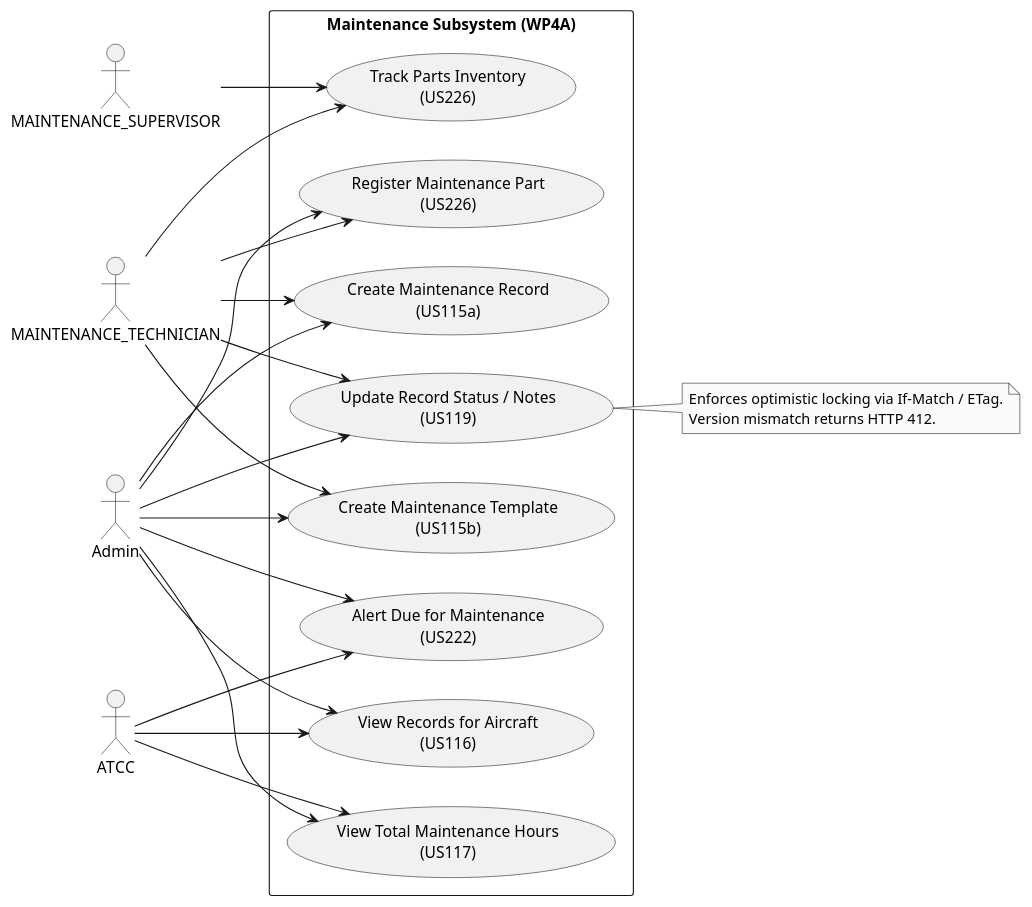
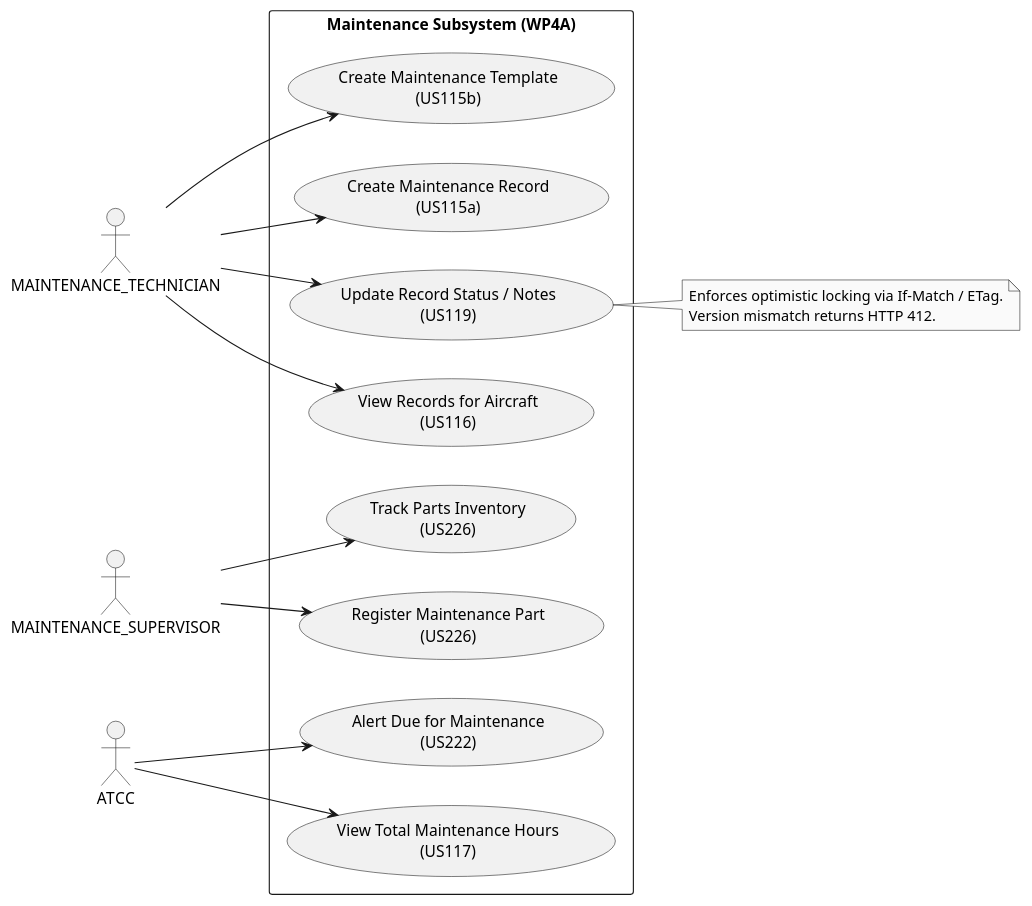
One commit to VascoMagolo/psoft_1231562_1241692_1242036_2db changed the diagram in docs/system-documentation/use-cases/WP4A/UCD/puml/use_case_diagram.puml. Above: the diagram before and after it, drawn with PlantUML. The commit also changed 43 other files, not shown here.

Commit message:
docs: update system documentation and diagrams for WP1B, WP4A and WP4B

```diff
--- a/docs/system-documentation/use-cases/WP4A/UCD/puml/use_case_diagram.puml
+++ b/docs/system-documentation/use-cases/WP4A/UCD/puml/use_case_diagram.puml
@@ -1,45 +1,36 @@
 @startuml use_case_diagram
 left to right direction
 skinparam monochrome true
 skinparam packageStyle rect
 skinparam shadowing false
 
 actor "MAINTENANCE_TECHNICIAN" as TECH
 actor "MAINTENANCE_SUPERVISOR" as SUPER
 actor "ATCC" as ATCC
-actor "Admin" as ADMIN
 
 package "Maintenance Subsystem (WP4A)" {
     usecase "Create Maintenance Template\n(US115b)" as UC_CreateTemplate
     usecase "Register Maintenance Part\n(US226)" as UC_CreatePart
     usecase "Create Maintenance Record\n(US115a)" as UC_CreateRecord
     usecase "Update Record Status / Notes\n(US119)" as UC_UpdateRecord
     usecase "View Records for Aircraft\n(US116)" as UC_ViewRecords
     usecase "View Total Maintenance Hours\n(US117)" as UC_Totals
     usecase "Alert Due for Maintenance\n(US222)" as UC_DueAlert
     usecase "Track Parts Inventory\n(US226)" as UC_PartsSearch
 }
 
 TECH --> UC_CreateTemplate
-TECH --> UC_CreatePart
+SUPER --> UC_CreatePart
 TECH --> UC_CreateRecord
 TECH --> UC_UpdateRecord
-ATCC --> UC_ViewRecords
+TECH --> UC_ViewRecords
 ATCC --> UC_Totals
 ATCC --> UC_DueAlert
-TECH --> UC_PartsSearch
 SUPER --> UC_PartsSearch
-ADMIN --> UC_CreateTemplate
-ADMIN --> UC_CreatePart
-ADMIN --> UC_CreateRecord
-ADMIN --> UC_UpdateRecord
-ADMIN --> UC_ViewRecords
-ADMIN --> UC_Totals
-ADMIN --> UC_DueAlert
 
 note right of UC_UpdateRecord
   Enforces optimistic locking via If-Match / ETag.
   Version mismatch returns HTTP 412.
 end note
 
 @enduml
```
